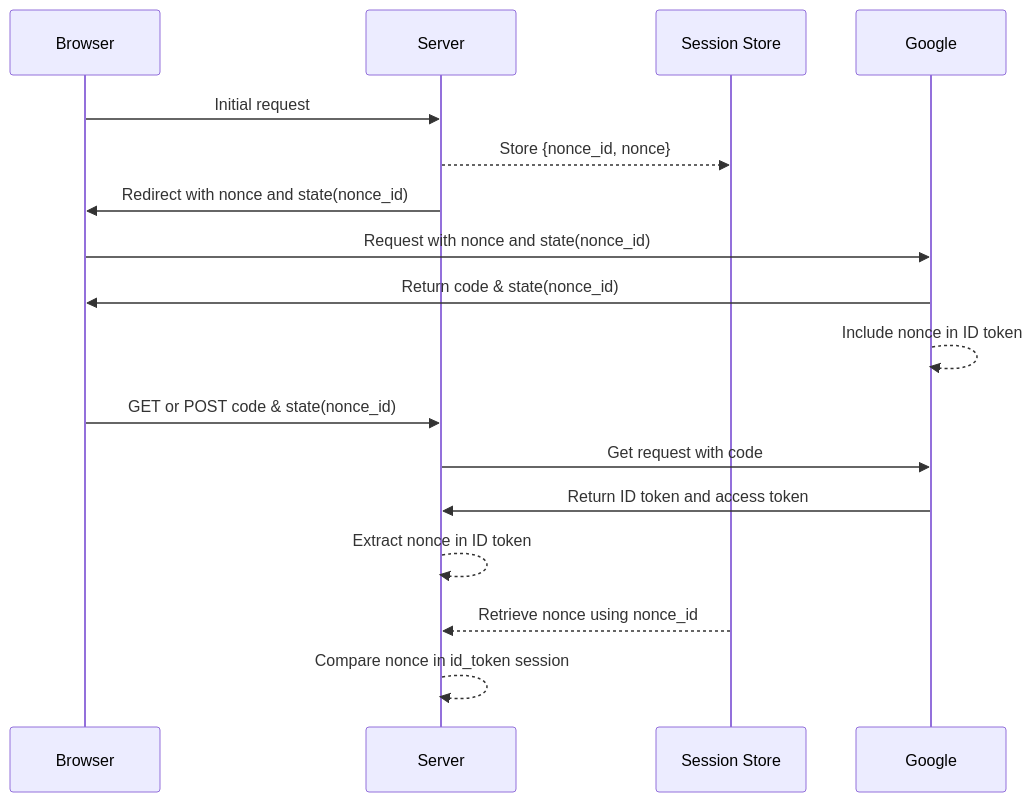
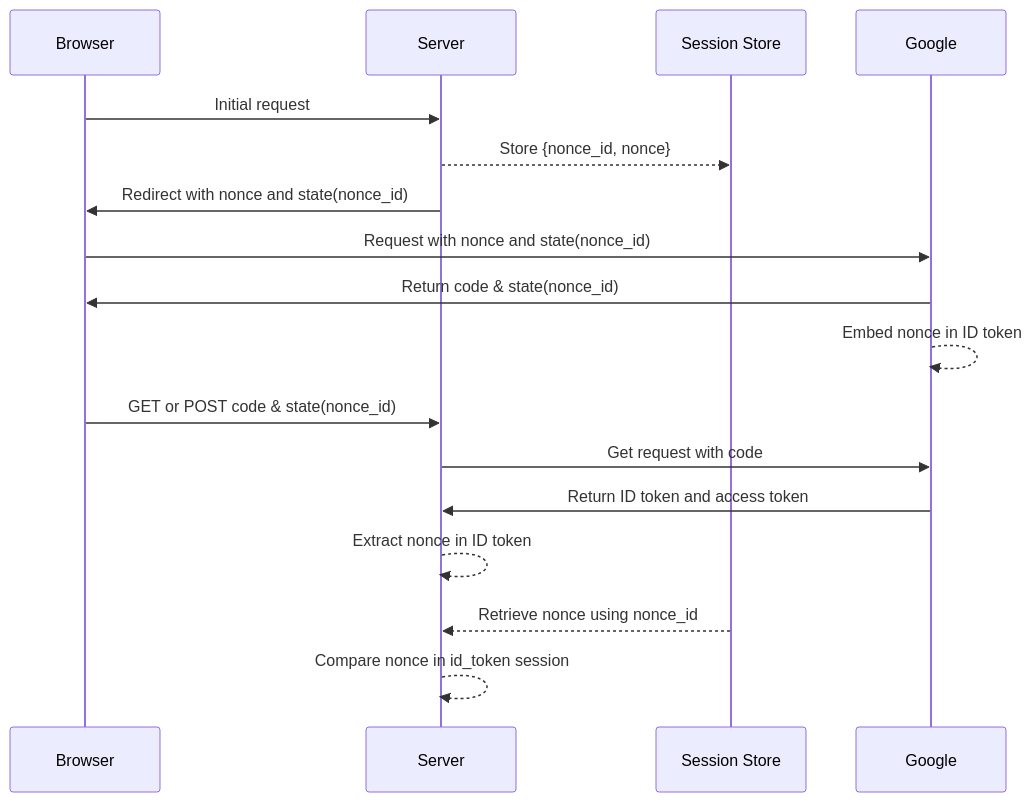
The third of 4 diagrams in 2024/Axum-Google-OAuth2-Login/Readme.en.md (ktaka-ccmp/ktaka.blog.ccmp.jp), drawn with Mermaid before and after one commit. The commit also changed other lines of this file, not shown here.

````diff
--- a/2024/Axum-Google-OAuth2-Login/Readme.en.md
+++ b/2024/Axum-Google-OAuth2-Login/Readme.en.md
@@ -333,20 +341,20 @@
 ```mermaid
 sequenceDiagram
     participant Browser
     participant Server
     participant Session Store
     participant Google
 
     Browser->>Server: Initial request
     Server-->>Session Store: Store {nonce_id, nonce}
     Server->>Browser: Redirect with nonce and state(nonce_id)
     Browser->>Google: Request with nonce and state(nonce_id)
     Google->>Browser: Return code & state(nonce_id)
-    Google-->>Google: Include nonce in ID token
+    Google-->>Google: Embed nonce in ID token
     Browser->>Server: GET or POST code & state(nonce_id)
     Server->>Google: Get request with code
     Google->>Server: Return ID token and access token
     Server-->>Server: Extract nonce in ID token
     Session Store-->>Server: Retrieve nonce using nonce_id
     Server-->>Server: Compare nonce in id_token session
 ```
````
